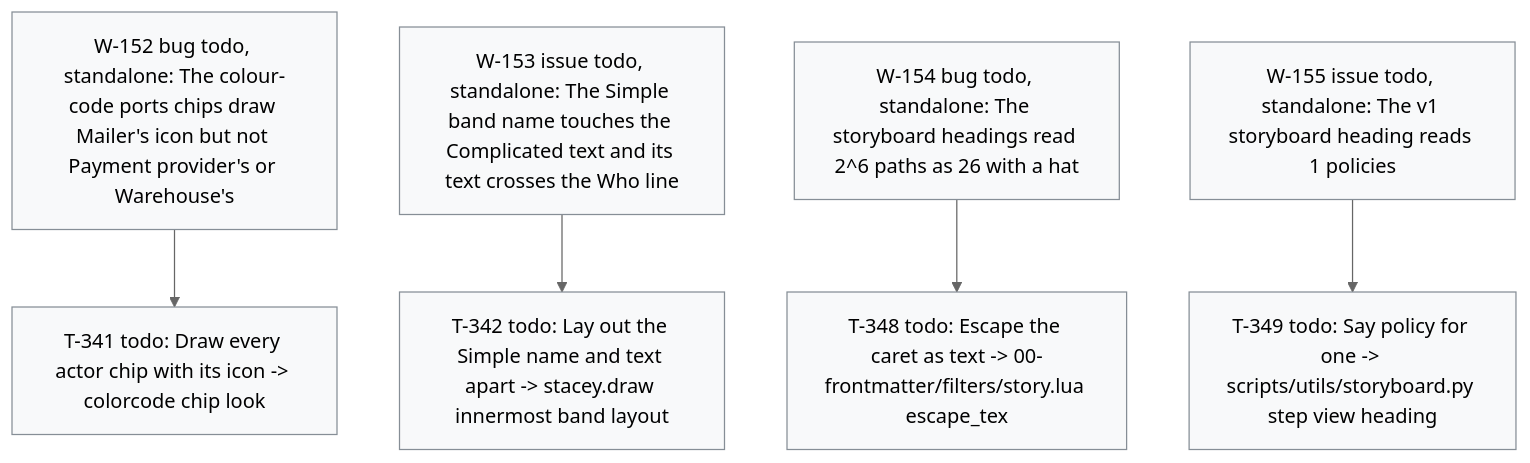
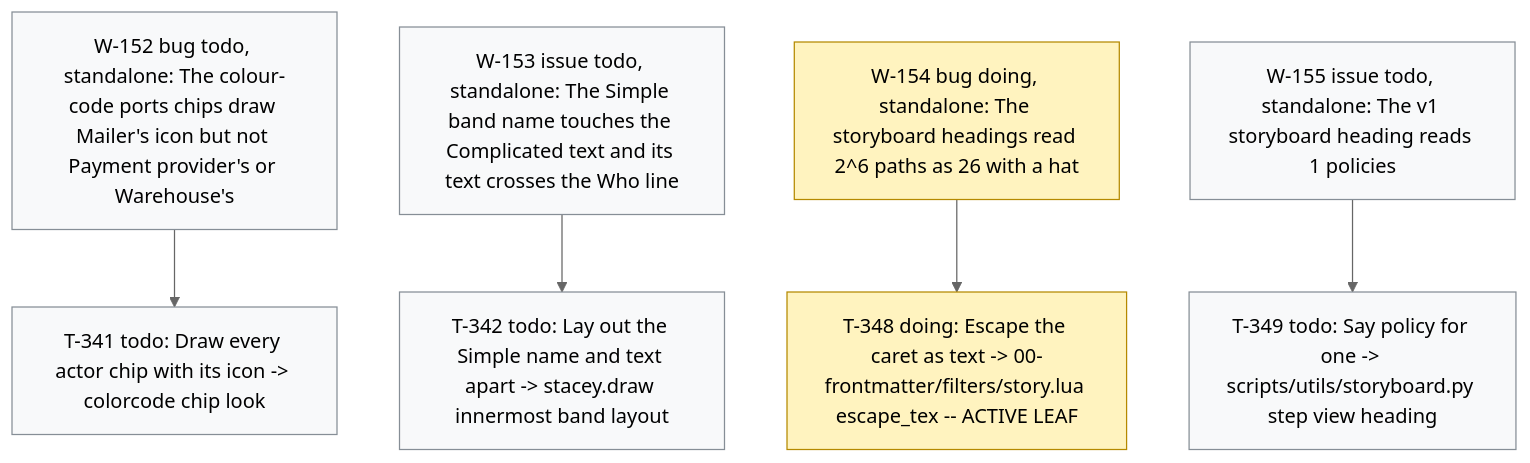
The diagram in .board/BOARD.md (dpopchev/chaos-to-simple), drawn with Mermaid (neutral theme) before and after one commit. The commit also changed other lines of this file and 2 other files, not shown here.

Commit message:
chore(board): activate W-154, start T-348
Refs: W-154 T-348

````diff
--- a/.board/BOARD.md
+++ b/.board/BOARD.md
@@ -893,17 +893,18 @@
 ```mermaid
 flowchart TD
   W152["W-152 bug todo, standalone: The colour-code ports chips draw Mailer's icon but not Payment provider's or Warehouse's"]
   W152 --> T341["T-341 todo: Draw every actor chip with its icon -> colorcode chip look"]
   W153["W-153 issue todo, standalone: The Simple band name touches the Complicated text and its text crosses the Who line"]
   W153 --> T342["T-342 todo: Lay out the Simple name and text apart -> stacey.draw innermost band layout"]
-  W154["W-154 bug todo, standalone: The storyboard headings read 2^6 paths as 26 with a hat"]
-  W154 --> T348["T-348 todo: Escape the caret as text -> 00-frontmatter/filters/story.lua escape_tex"]
+  W154["W-154 bug doing, standalone: The storyboard headings read 2^6 paths as 26 with a hat"]
+  W154 --> T348["T-348 doing: Escape the caret as text -> 00-frontmatter/filters/story.lua escape_tex -- ACTIVE LEAF"]
   W155["W-155 issue todo, standalone: The v1 storyboard heading reads 1 policies"]
   W155 --> T349["T-349 todo: Say policy for one -> scripts/utils/storyboard.py step view heading"]
   classDef doing fill:#fff3bf,stroke:#b58900,color:#000;
   classDef blocked fill:#ffe3e3,stroke:#c92a2a,color:#000;
   classDef done fill:#e6ffed,stroke:#2b8a3e,color:#000;
   classDef todo fill:#f8f9fa,stroke:#868e96,color:#000;
   classDef pruned fill:#f1f3f5,stroke:#adb5bd,color:#000;
-  class W152,T341,W153,T342,W154,T348,W155,T349 todo
+  class W154,T348 doing
+  class W152,T341,W153,T342,W155,T349 todo
 ```
````
